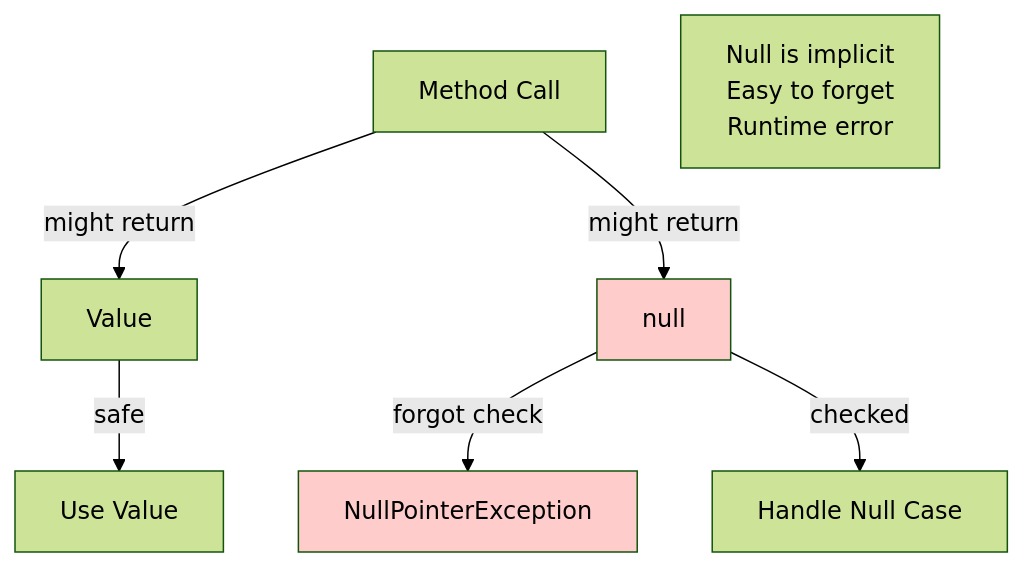
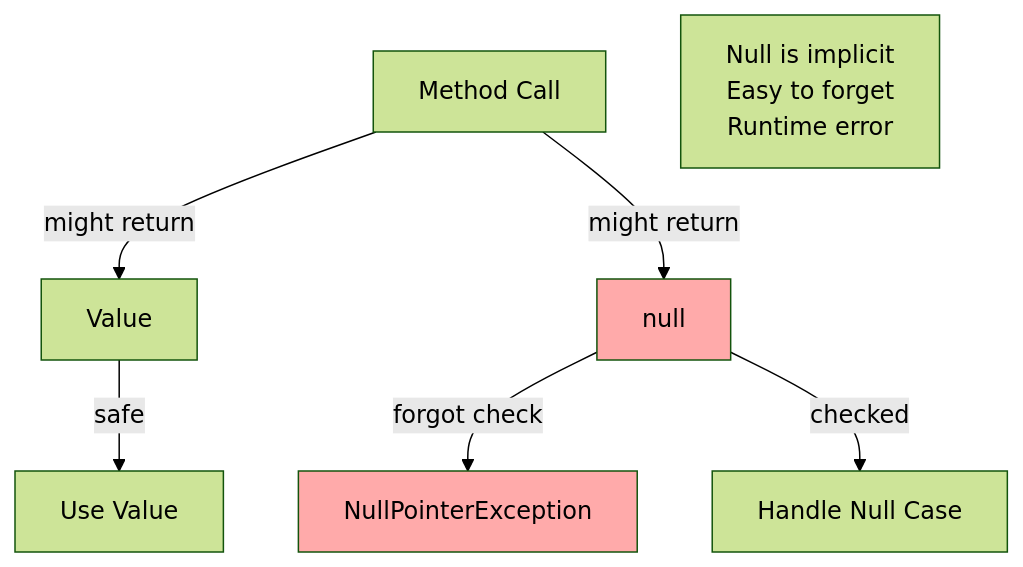
One commit to TroelsMortensen/Codelabs2 changed the diagram in Articles/SDT/Design Patterns/Option Pattern/002 The Problem.md. Above: the diagram before and after it, drawn with Mermaid (forest theme). The commit also changed other lines of this file and 3 other files, not shown here.

````diff
--- a/Articles/SDT/Design Patterns/Option Pattern/002 The Problem.md
+++ b/Articles/SDT/Design Patterns/Option Pattern/002 The Problem.md
@@ -209,13 +201,13 @@
 ```mermaid
 graph TD
     A[Method Call] -->|might return| B[Value]
     A -->|might return| C[null]
     
     B -->|safe| D[Use Value]
     C -->|forgot check| E[NullPointerException]
     C -->|checked| F[Handle Null Case]
     
-    style E fill:#ffcccc
-    style C fill:#ffcccc
+    style E fill:#ffaaaa,color:#000000
+    style C fill:#ffaaaa,color:#000000
     note1[Null is implicit<br/>Easy to forget<br/>Runtime error]
 ```
````
